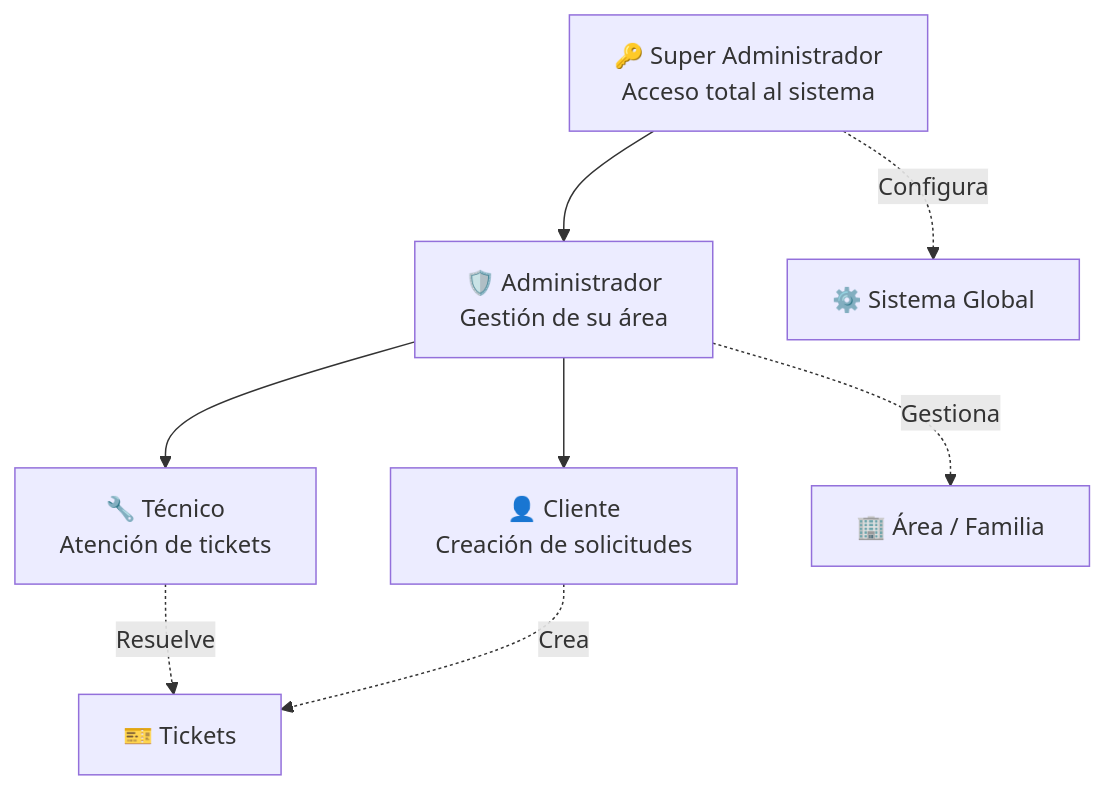
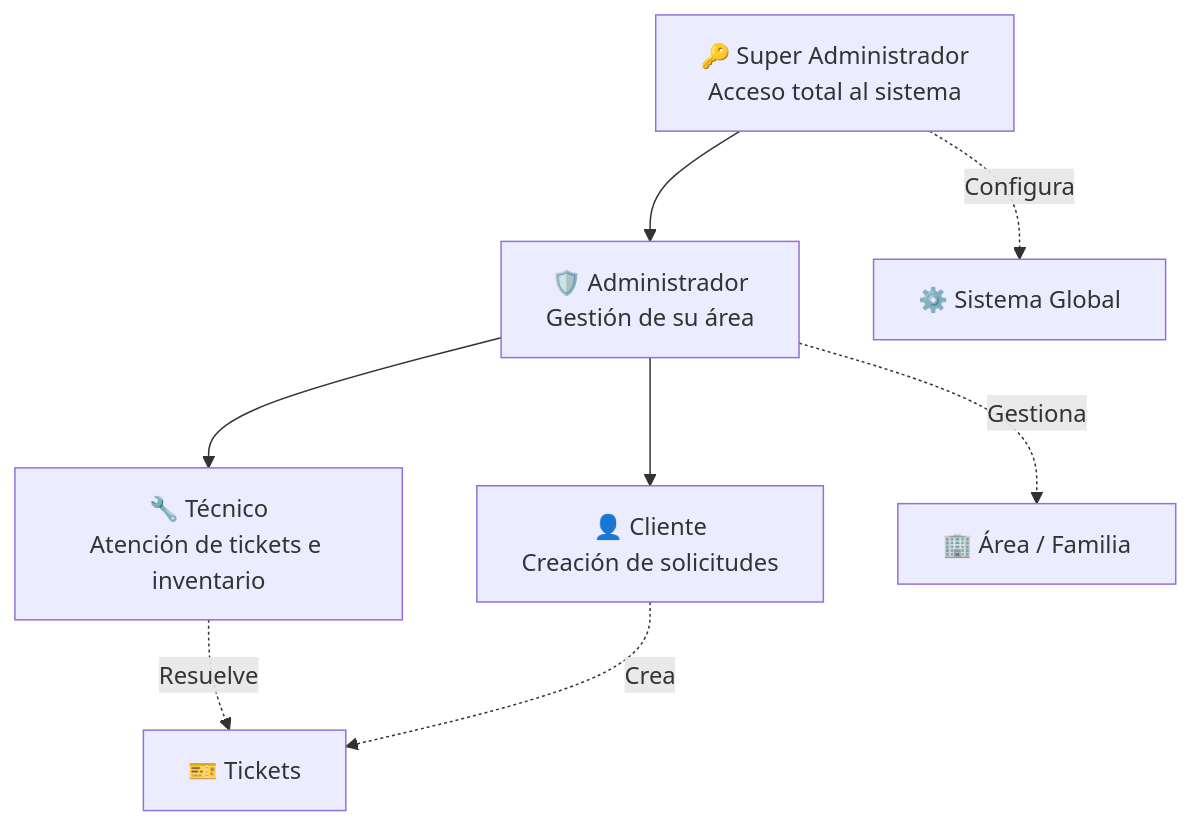
One commit to CosmeSoto/Tickets changed the third of 6 diagrams in docs/ALCANCE_DEL_PROYECTO.md. Above: the diagram before and after it, drawn with Mermaid. The commit also changed other lines of this file, not shown here.

````diff
--- a/docs/ALCANCE_DEL_PROYECTO.md
+++ b/docs/ALCANCE_DEL_PROYECTO.md
@@ -108,16 +197,16 @@
 ```mermaid
 graph TD
     SA[🔑 Super Administrador<br/>Acceso total al sistema]
     AD[🛡️ Administrador<br/>Gestión de su área]
-    TEC[🔧 Técnico<br/>Atención de tickets]
+    TEC[🔧 Técnico<br/>Atención de tickets e inventario]
     CLI[👤 Cliente<br/>Creación de solicitudes]
 
     SA --> AD
     AD --> TEC
     AD --> CLI
 
     SA -.->|Configura| SYS[⚙️ Sistema Global]
     AD -.->|Gestiona| AREA[🏢 Área / Familia]
     TEC -.->|Resuelve| TKT[🎫 Tickets]
     CLI -.->|Crea| TKT
 ```
````
